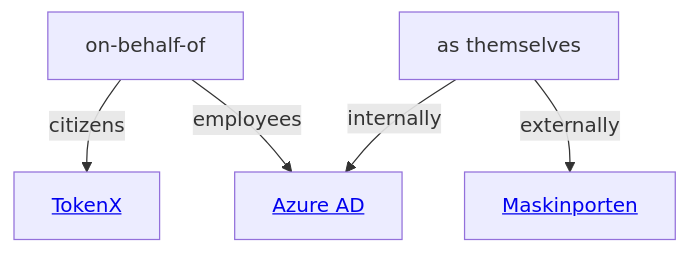
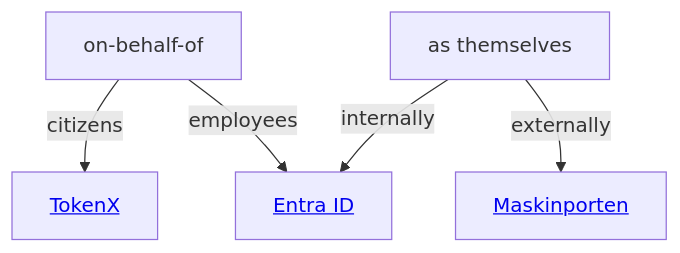
One commit to nais/doc changed the first of 2 diagrams in docs/auth/README.md. Above: the diagram before and after it, drawn with Mermaid. The commit also changed other lines of this file and 33 other files, not shown here.

Commit message:
auth: rewrite entra id to diataxis, consistency passthrough

````diff
--- a/docs/auth/README.md
+++ b/docs/auth/README.md
@@ -46,12 +46,12 @@
 ```mermaid
 graph TD
   B1[on-behalf-of]
   B2[as themselves]
 
-  B1 --> |citizens| TokenX[<a href='../security/auth/tokenx'>TokenX</>]
-  B1 --> |employees| AAD_machine[<a href='../security/auth/azure-ad'>Azure AD</>]
+  B1 --> |citizens| TokenX[<a href='tokenx'>TokenX</>]
+  B1 --> |employees| AAD_machine[<a href='entra-id'>Entra ID</>]
     
   
-  B2 --> |internally| AAD_machine[<a href='../security/auth/azure-ad'>Azure AD</>]
-  B2 --> |externally| Maskinporten[<a href='../security/auth/maskinporten'>Maskinporten</a>]
+  B2 --> |internally| AAD_machine[<a href='entra-id'>Entra ID</>]
+  B2 --> |externally| Maskinporten[<a href='maskinporten'>Maskinporten</a>]
 ```
````
